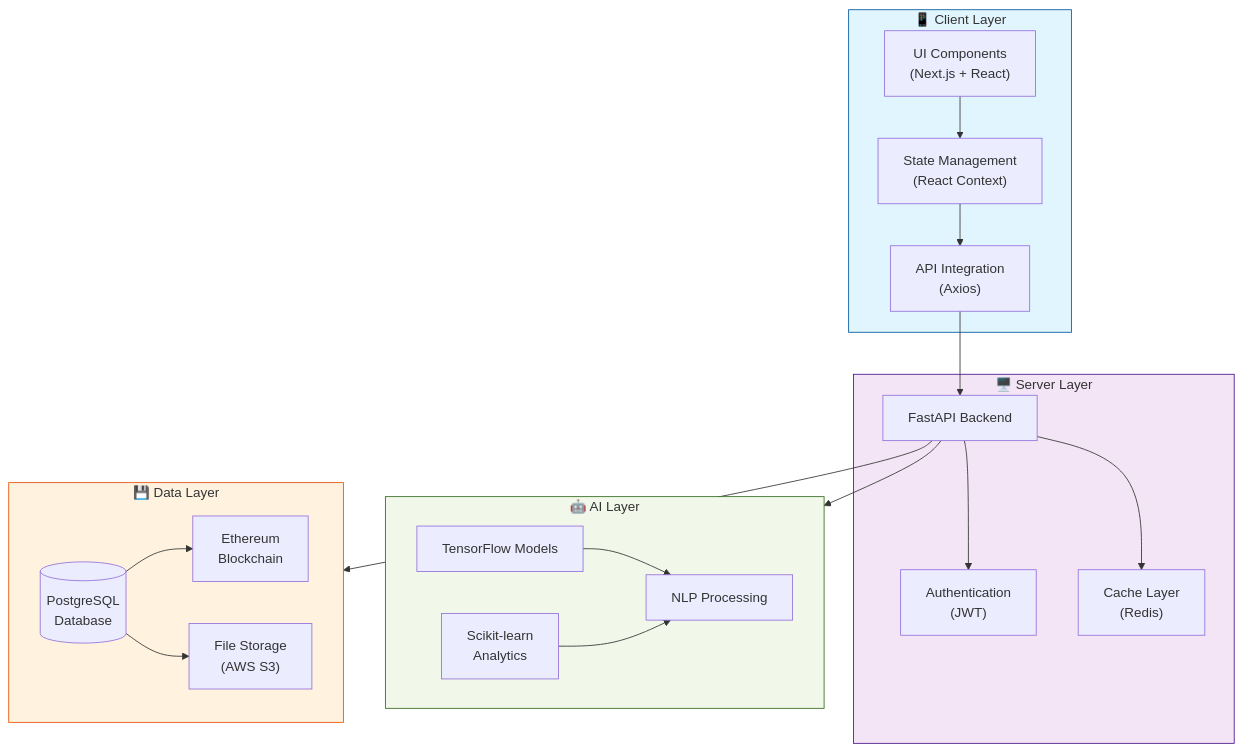
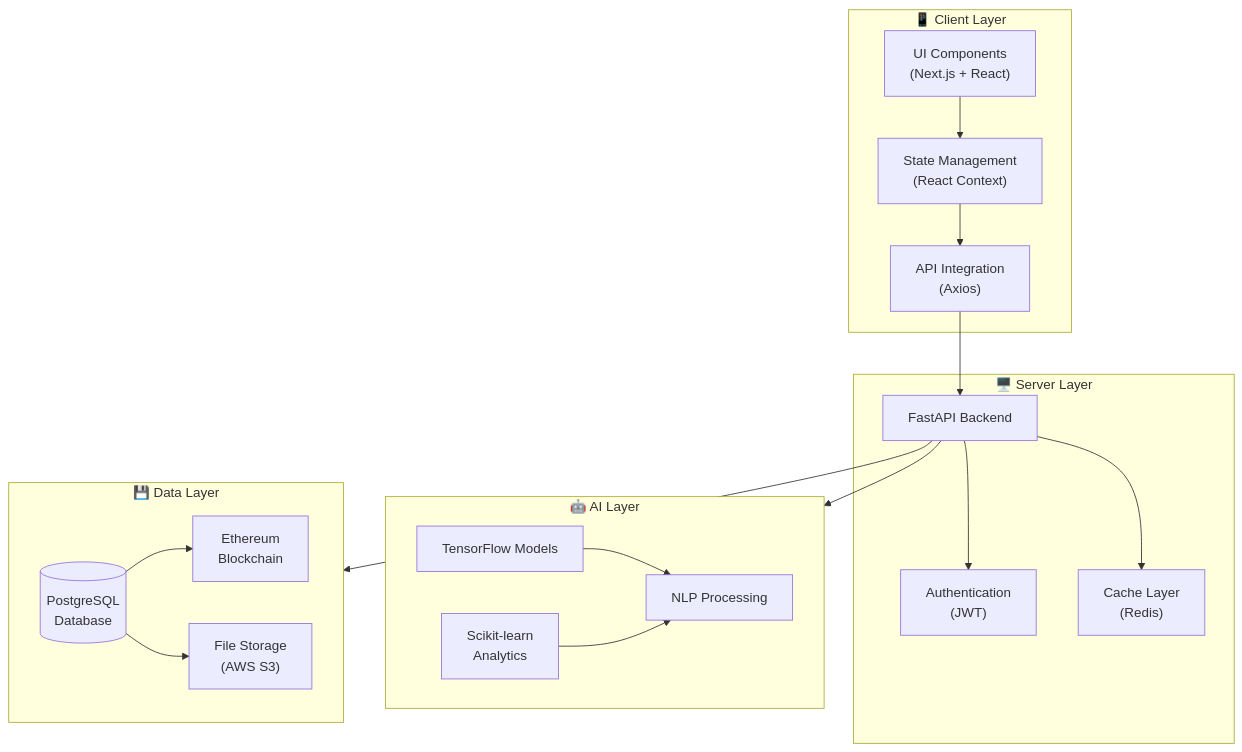
The diagram in docs/submission/StudentHealthHub_Submission.md (Aman00codes/student-health-hub), drawn with Mermaid before and after one commit. The commit also changed other lines of this file, not shown here.

````diff
--- a/docs/submission/StudentHealthHub_Submission.md
+++ b/docs/submission/StudentHealthHub_Submission.md
@@ -45,45 +45,40 @@
 ```mermaid
 flowchart TB
     subgraph Client["📱 Client Layer"]
         UI["UI Components\n(Next.js + React)"] 
         State["State Management\n(React Context)"] 
         API["API Integration\n(Axios)"] 
     end
 
     subgraph Server["🖥️ Server Layer"]
         FastAPI["FastAPI Backend"] 
         Auth["Authentication\n(JWT)"] 
         Cache["Cache Layer\n(Redis)"] 
     end
 
     subgraph AI["🤖 AI Layer"]
         TF["TensorFlow Models"] 
         SKLearn["Scikit-learn\nAnalytics"] 
         NLP["NLP Processing"] 
     end
 
     subgraph Data["💾 Data Layer"]
         DB[("PostgreSQL\nDatabase")] 
         Blockchain["Ethereum\nBlockchain"] 
         S3["File Storage\n(AWS S3)"] 
     end
 
     UI --> State
     State --> API
     API --> FastAPI
     FastAPI --> Auth
     FastAPI --> Cache
     FastAPI --> AI
     FastAPI --> Data
     
     TF --> NLP
     SKLearn --> NLP
     
     DB --> Blockchain
     DB --> S3
-
-    style Client fill:#e1f5fe,stroke:#01579b
-    style Server fill:#f3e5f5,stroke:#4a148c
-    style AI fill:#f1f8e9,stroke:#33691e
-    style Data fill:#fff3e0,stroke:#e65100
 ```
````
